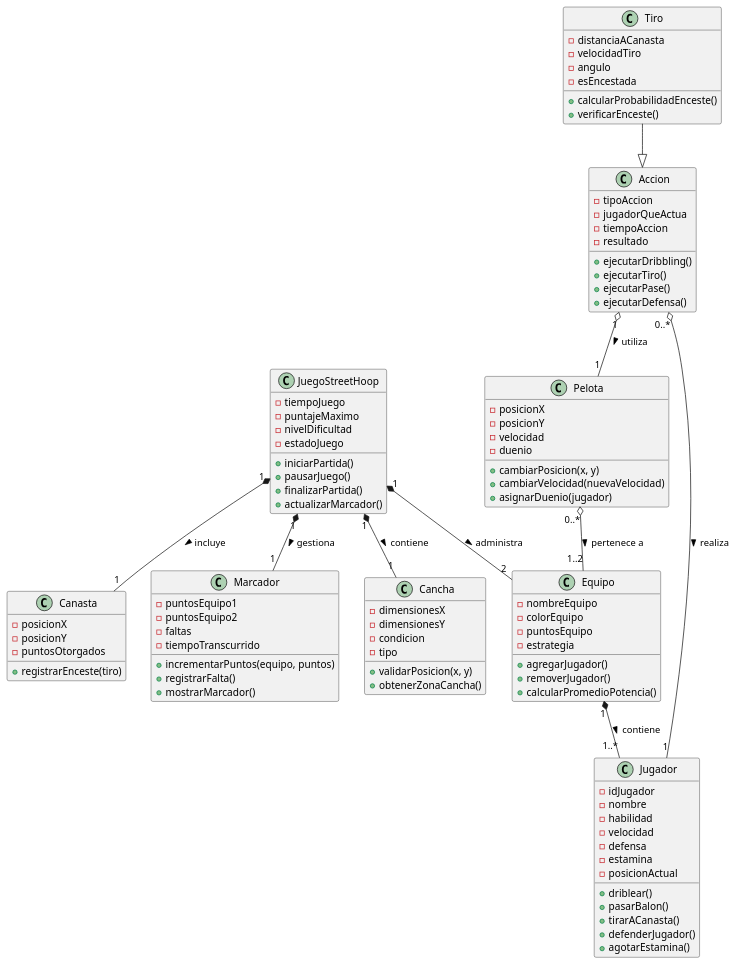
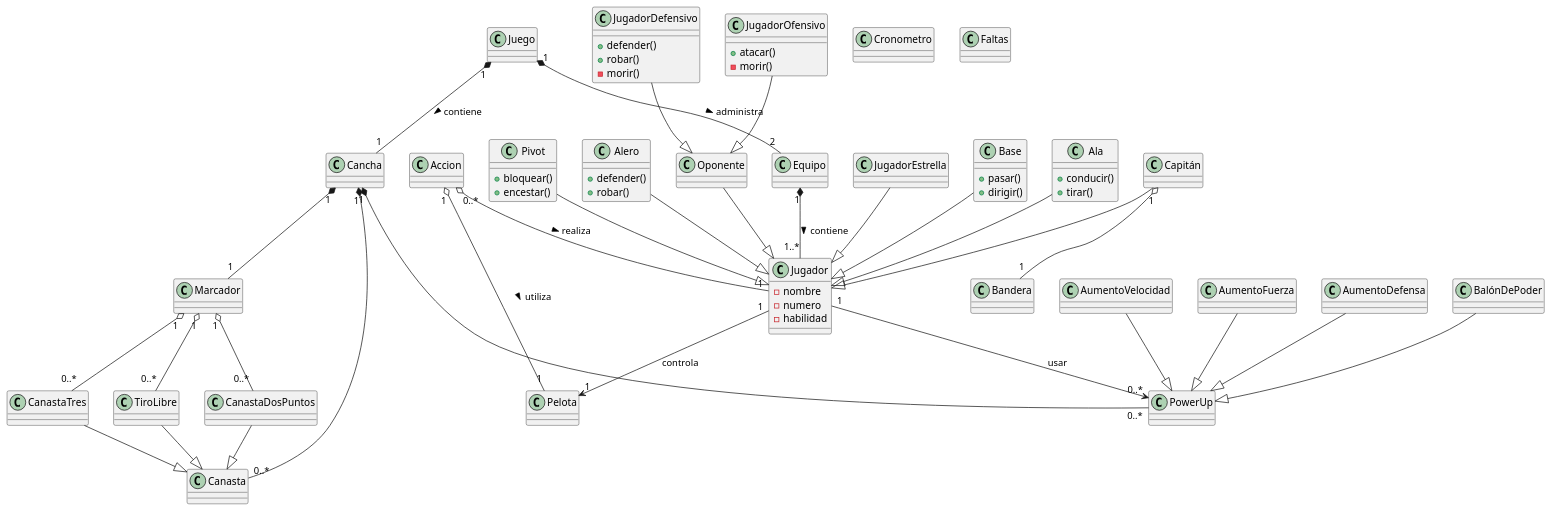
The diagram in street hoop.puml (axelroman-31/cartoon-dunk-25110289-), drawn with PlantUML before and after one commit.

Commit message:
diagrama puml

```diff
--- a/street hoop.puml
+++ b/street hoop.puml
@@ -1,105 +1,106 @@
 @startuml StreetHoop_Gameplay
 
-class JuegoStreetHoop {
-    - tiempoJuego
-    - puntajeMaximo
-    - nivelDificultad
-    - estadoJuego
-    + iniciarPartida()
-    + pausarJuego()
-    + finalizarPartida()
-    + actualizarMarcador()
+class Juego
+class Cancha
+class Equipo
+
+class Jugador{
+- nombre
+- numero
+- habilidad
 }
 
-class Jugador {
-    - idJugador
-    - nombre
-    - habilidad
-    - velocidad
-    - defensa
-    - estamina
-    - posicionActual
-    + driblear()
-    + pasarBalon()
-    + tirarACanasta()
-    + defenderJugador()
-    + agotarEstamina()
+class Base{
++ pasar()
++ dirigir()
 }
 
-class Equipo {
-    - nombreEquipo
-    - colorEquipo
-    - puntosEquipo
-    - estrategia
-    + agregarJugador()
-    + removerJugador()
-    + calcularPromedioPotencia()
+class Ala{
++ conducir()
++ tirar()
 }
 
-class Cancha {
-    - dimensionesX
-    - dimensionesY
-    - condicion
-    - tipo
-    + validarPosicion(x, y)
-    + obtenerZonaCancha()
+class Pivot{
++ bloquear()
++ encestar()
 }
 
-class Pelota {
-    - posicionX
-    - posicionY
-    - velocidad
-    - duenio
-    + cambiarPosicion(x, y)
-    + cambiarVelocidad(nuevaVelocidad)
-    + asignarDuenio(jugador)
+class Alero{
++ defender()
++ robar()
 }
 
-class Accion {
-    - tipoAccion
-    - jugadorQueActua
-    - tiempoAccion
-    - resultado
-    + ejecutarDribbling()
-    + ejecutarTiro()
-    + ejecutarPase()
-    + ejecutarDefensa()
+class Oponente
+class JugadorOfensivo{
++ atacar()
+- morir()
 }
 
-class Tiro {
-    - distanciaACanasta
-    - velocidadTiro
-    - angulo
-    - esEncestada
-    + calcularProbabilidadEnceste()
-    + verificarEnceste()
+class JugadorDefensivo{
++ defender()
++ robar()
+- morir()
 }
 
-class Canasta {
-    - posicionX
-    - posicionY
-    - puntosOtorgados
-    + registrarEnceste(tiro)
-}
+class Capitán
+class JugadorEstrella
 
-class Marcador {
-    - puntosEquipo1
-    - puntosEquipo2
-    - faltas
-    - tiempoTranscurrido
-    + incrementarPuntos(equipo, puntos)
-    + registrarFalta()
-    + mostrarMarcador()
-}
+class PowerUp
+class AumentoVelocidad
+class AumentoFuerza
+class AumentoDefensa
+class BalónDePoder
 
-Tiro --|> Accion
+class Canasta
+class CanastaDosPuntos
+class CanastaTres
+class TiroLibre
+
+class Marcador
+class Cronometro
+class Faltas
+
+class Pelota
+class Accion
+
+Base --|> Jugador
+Ala --|> Jugador
+Pivot --|> Jugador
+Alero --|> Jugador
+
+Oponente --|> Jugador
+JugadorOfensivo --|> Oponente
+JugadorDefensivo --|> Oponente
+Capitán --|> Jugador
+JugadorEstrella --|> Jugador
+
+CanastaDosPuntos --|> Canasta
+CanastaTres --|> Canasta
+TiroLibre --|> Canasta
+
+AumentoVelocidad --|> PowerUp
+AumentoFuerza --|> PowerUp
+AumentoDefensa --|> PowerUp
+BalónDePoder --|> PowerUp
+
+Juego "1" *-- "2" Equipo : administra >
 Equipo "1" *-- "1..*" Jugador : contiene >
+
+Juego "1" *-- "1" Cancha : contiene >
+Cancha "1" *-- "0..*" Canasta
+Cancha "1" *-- "0..*" PowerUp
+Cancha "1" *-- "1" Marcador
+
+Jugador "1" --> "0..*" PowerUp : usar
+Jugador "1" --> "1" Pelota : controla
+
+Marcador "1" o-- "0..*" CanastaDosPuntos
+Marcador "1" o-- "0..*" CanastaTres
+Marcador "1" o-- "0..*" TiroLibre
+
 Accion "0..*" o-- "1" Jugador : realiza >
 Accion "1" o-- "1" Pelota : utiliza >
-Pelota "0..*" o-- "1..2" Equipo : pertenece a >
-JuegoStreetHoop "1" *-- "2" Equipo : administra >
-JuegoStreetHoop "1" *-- "1" Cancha : contiene >
-JuegoStreetHoop "1" *-- "1" Marcador : gestiona >
-JuegoStreetHoop "1" *-- "1" Canasta : incluye >
+
+Capitán "1" o-- "1" Bandera
 
 @enduml
```
